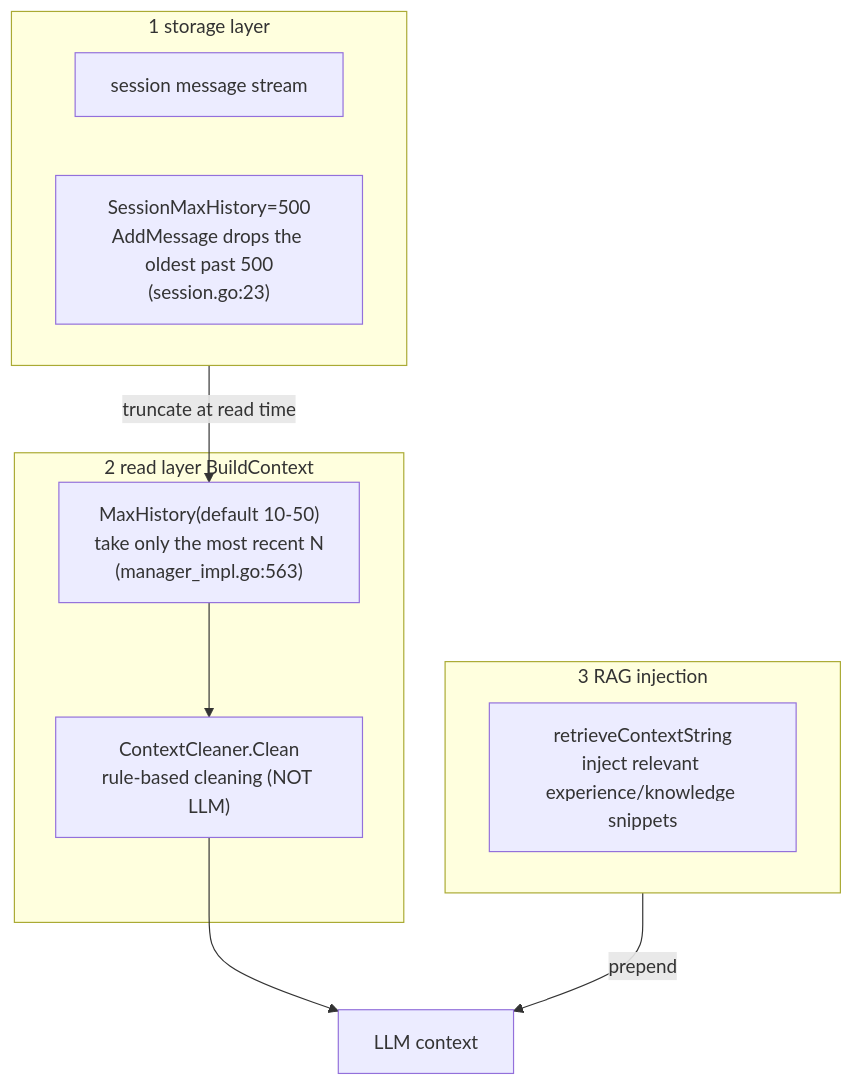
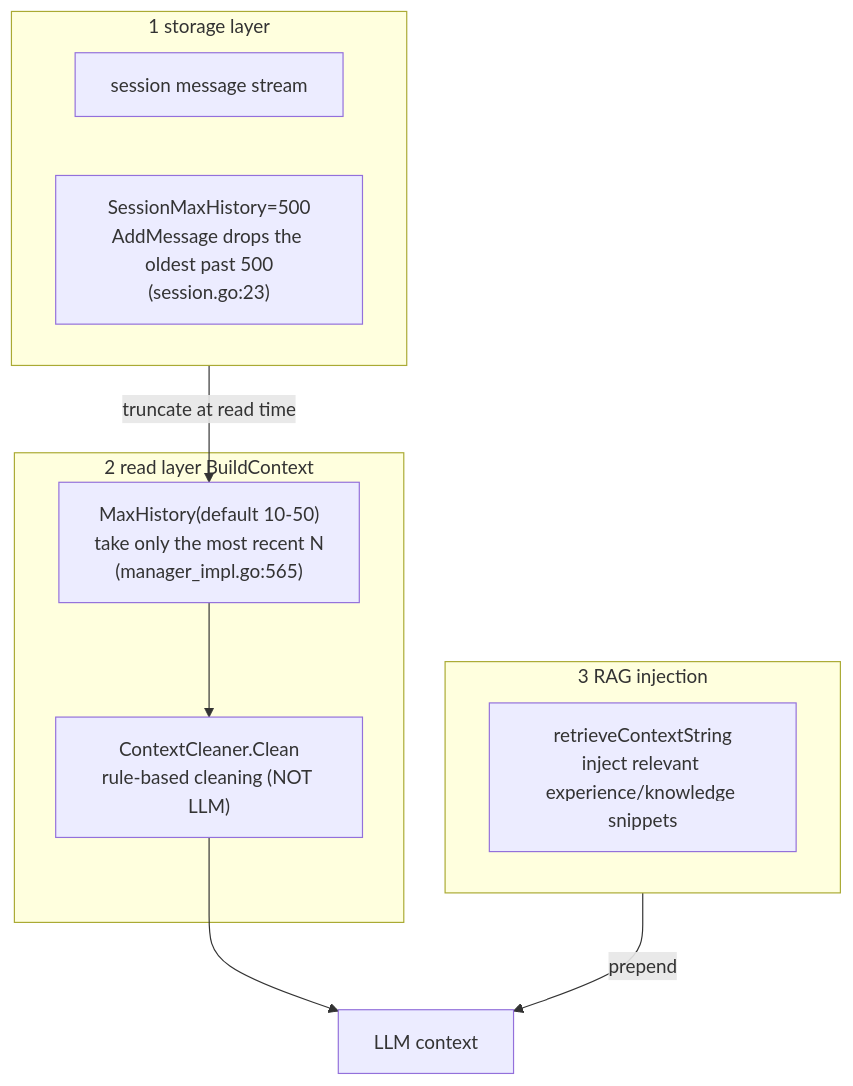
Before and after one commit to Timwood0x10/ARES: diagram 26 of 26 in docs/system-internals.en.md, drawn with Mermaid. The commit also changed other lines of this file and 1 other file, not shown here.

````diff
--- a/docs/system-internals.en.md
+++ b/docs/system-internals.en.md
@@ -1573,18 +1579,18 @@
 ```mermaid
 flowchart TB
     subgraph store[1 storage layer]
         m[session message stream]
         c["SessionMaxHistory=500<br/>AddMessage drops the oldest past 500<br/>(session.go:23)"]
     end
     subgraph read[2 read layer BuildContext]
-        w["MaxHistory(default 10-50)<br/>take only the most recent N<br/>(manager_impl.go:563)"]
+        w["MaxHistory(default 10-50)<br/>take only the most recent N<br/>(manager_impl.go:565)"]
         cl["ContextCleaner.Clean<br/>rule-based cleaning (NOT LLM)"]
     end
     subgraph rag[3 RAG injection]
         r["retrieveContextString<br/>inject relevant experience/knowledge snippets"]
     end
     store -->|truncate at read time| w
     w --> cl
     cl --> out[LLM context]
     rag -->|prepend| out
 ```
````
